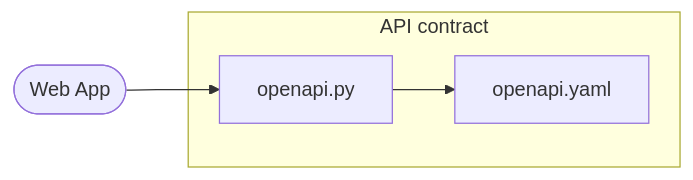
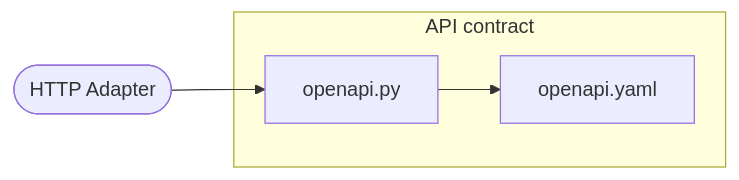
The fourth of 5 diagrams in docs/arc42/05-building-block-view.md (braboj/demo-randomgen), drawn with Mermaid before and after one commit. The commit also changed other lines of this file, not shown here.

First line of the commit message:
docs(arc42): rename the Web App block to HTTP Adapter

````diff
--- a/docs/arc42/05-building-block-view.md
+++ b/docs/arc42/05-building-block-view.md
@@ -90,9 +90,9 @@
 ```mermaid
 flowchart LR
-    web(["Web App"]) --> py
+    web(["HTTP Adapter"]) --> py
     subgraph contract["API contract"]
         py["openapi.py"]
         yaml["openapi.yaml"]
     end
     py --> yaml
 ```
````
